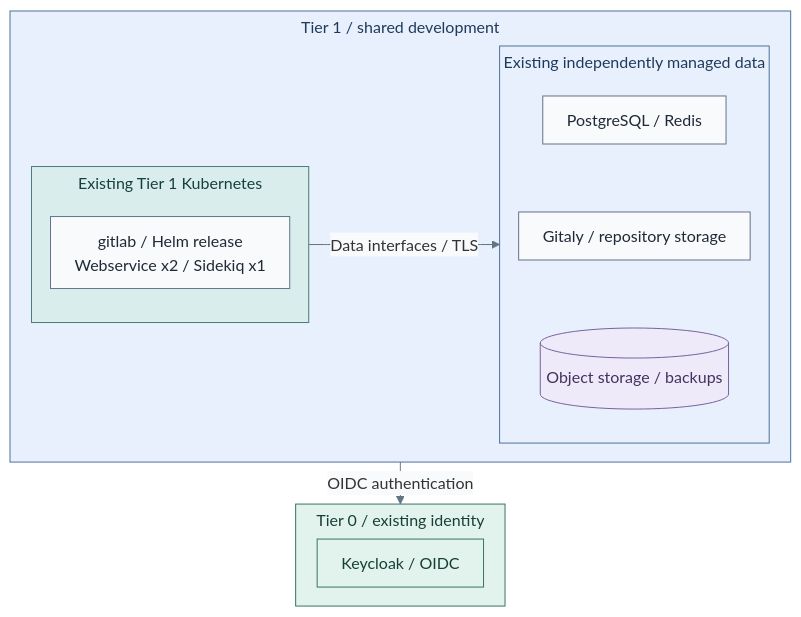
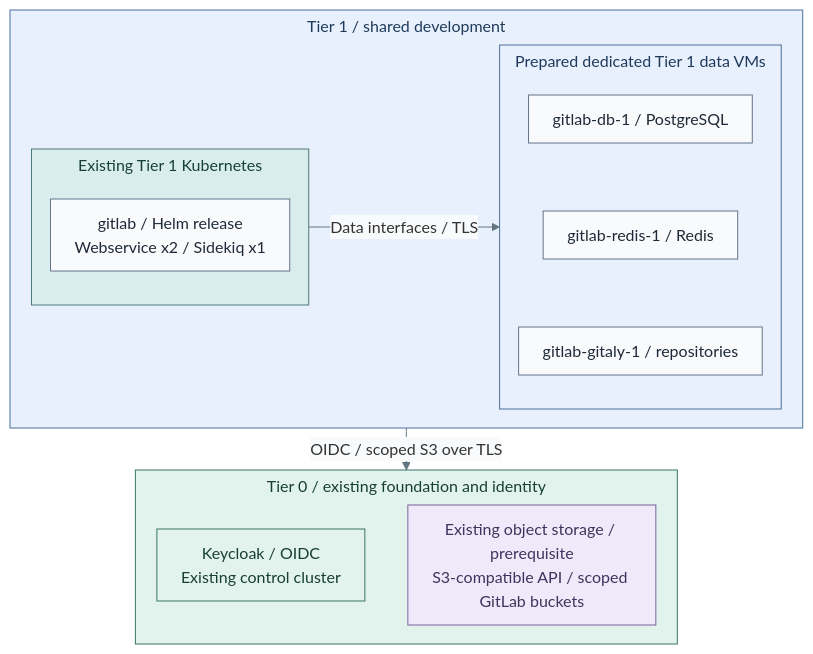
The first of 3 diagrams in docs/deployment/stage-9-development/README.md (Rexus/homelab), drawn with Mermaid before and after one commit. The commit also changed other lines of this file and 363 other files, not shown here.

````diff
--- a/docs/deployment/stage-9-development/README.md
+++ b/docs/deployment/stage-9-development/README.md
@@ -29,31 +30,34 @@
 ```mermaid
 %%{init: {"theme":"base","flowchart":{"nodeSpacing":18,"rankSpacing":18,"padding":12,"subGraphTitleMargin":{"top":4,"bottom":12}},"themeVariables":{"lineColor":"#627581","edgeLabelBackground":"#f8fafc"}}}%%
 flowchart TB
   subgraph T1["Tier 1 / shared development"]
     direction LR
     subgraph Cluster["Existing Tier 1 Kubernetes"]
       Git["gitlab / Helm release<br/>Webservice x2 / Sidekiq x1"]
     end
-    subgraph Data["Existing independently managed data"]
+    subgraph Data["Prepared dedicated Tier 1 data VMs"]
       direction TB
-      DB["PostgreSQL / Redis"]
-      Repos["Gitaly / repository storage"]
-      Objects[("Object storage / backups")]
-      DB ~~~ Repos ~~~ Objects
+      DB["gitlab-db-1 / PostgreSQL"]
+      Cache["gitlab-redis-1 / Redis"]
+      Repos["gitlab-gitaly-1 / repositories"]
+      DB ~~~ Cache ~~~ Repos
     end
     Cluster -->|Data interfaces / TLS| Data
   end
-  subgraph T0["Tier 0 / existing identity"]
-    IdP["Keycloak / OIDC"]
+  subgraph T0["Tier 0 / existing foundation and identity"]
+    direction LR
+    IdP["Keycloak / OIDC<br/>Existing control cluster"]
+    Objects["Existing object storage / prerequisite<br/>S3-compatible API / scoped GitLab buckets"]
+    IdP ~~~ Objects
   end
-  T1 -->|OIDC authentication| T0
+  T1 -->|OIDC / scoped S3 over TLS| T0
   classDef default fill:#f8fafc,stroke:#64748b,color:#1f2937
   classDef services fill:#e7f0fc,stroke:#4d719b,color:#203a5b
   classDef runtime fill:#d9eeec,stroke:#4d7b77,color:#173f3e
   classDef control fill:#e2f3ed,stroke:#397366,color:#173f36
   classDef data fill:#eeeafa,stroke:#78639b,color:#42325d
   class T1,Data services
   class Cluster runtime
   class T0,IdP control
   class Objects data
 ```
````
